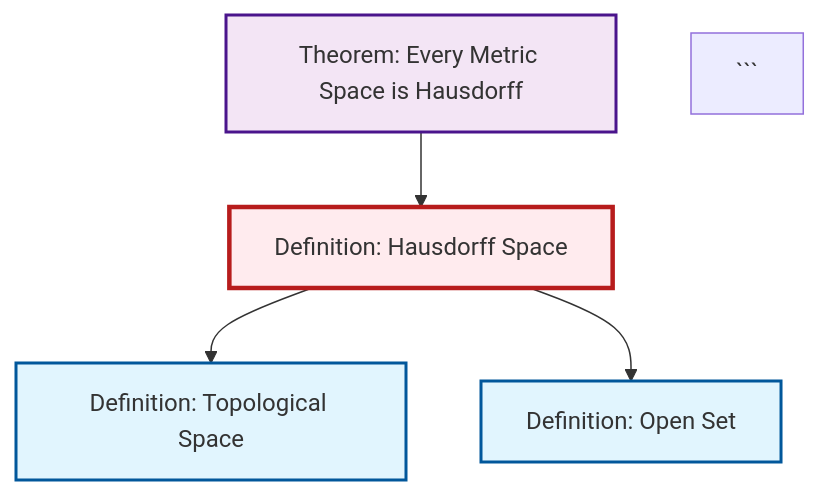
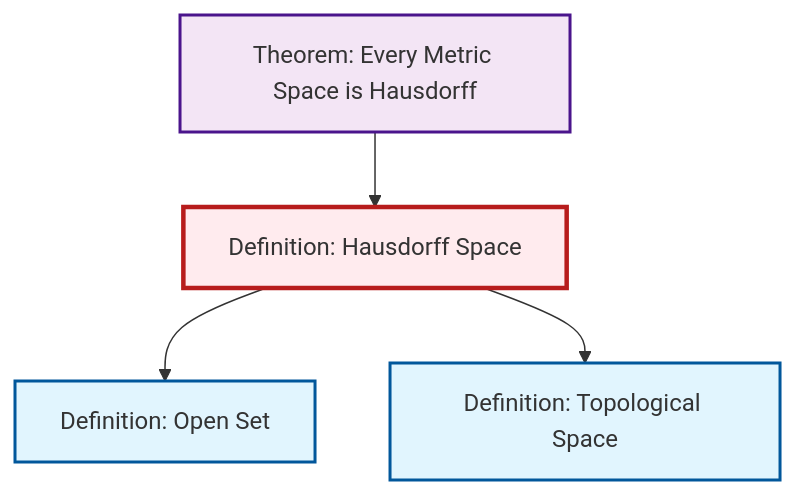
One commit to RK0429/ModernMath changed the diagram in output/mermaid/def-hausdorff.mermaid. Above: the diagram before and after it, drawn with Mermaid. The commit also changed 316 other files, not shown here.

````diff
--- a/output/mermaid/def-hausdorff.mermaid
+++ b/output/mermaid/def-hausdorff.mermaid
@@ -1,16 +1,15 @@
 %%| fig-cap: "Local dependency graph"
 graph TD
     classDef definition fill:#e1f5fe,stroke:#01579b,stroke-width:2px
     classDef theorem fill:#f3e5f5,stroke:#4a148c,stroke-width:2px
     classDef axiom fill:#fff3e0,stroke:#e65100,stroke-width:2px
     classDef example fill:#e8f5e9,stroke:#1b5e20,stroke-width:2px
     classDef current fill:#ffebee,stroke:#b71c1c,stroke-width:3px
-    def-topological-space["Definition: Topological Space"]:::definition
+    def-open-set["Definition: Open Set"]:::definition
     thm-metric-hausdorff["Theorem: Every Metric Space is Hausdorff"]:::theorem
     def-hausdorff["Definition: Hausdorff Space"]:::definition
-    def-open-set["Definition: Open Set"]:::definition
-    def-hausdorff --> def-topological-space
+    def-topological-space["Definition: Topological Space"]:::definition
     thm-metric-hausdorff --> def-hausdorff
     def-hausdorff --> def-open-set
+    def-hausdorff --> def-topological-space
     class def-hausdorff current
-```
````
